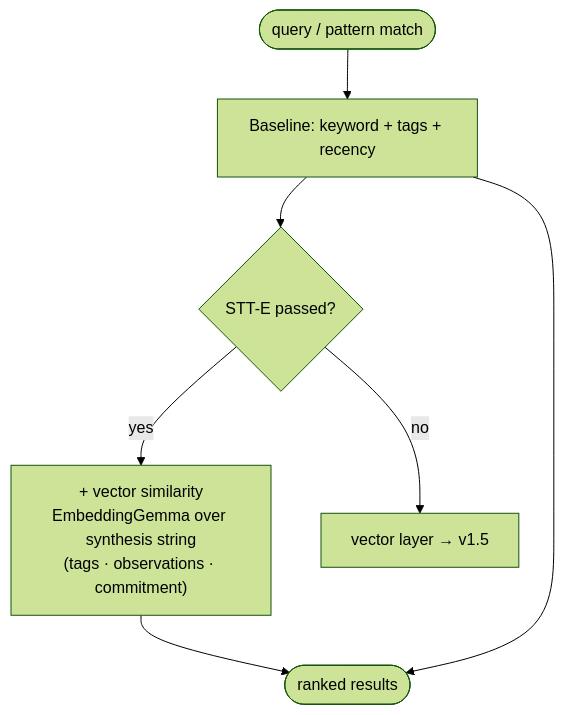
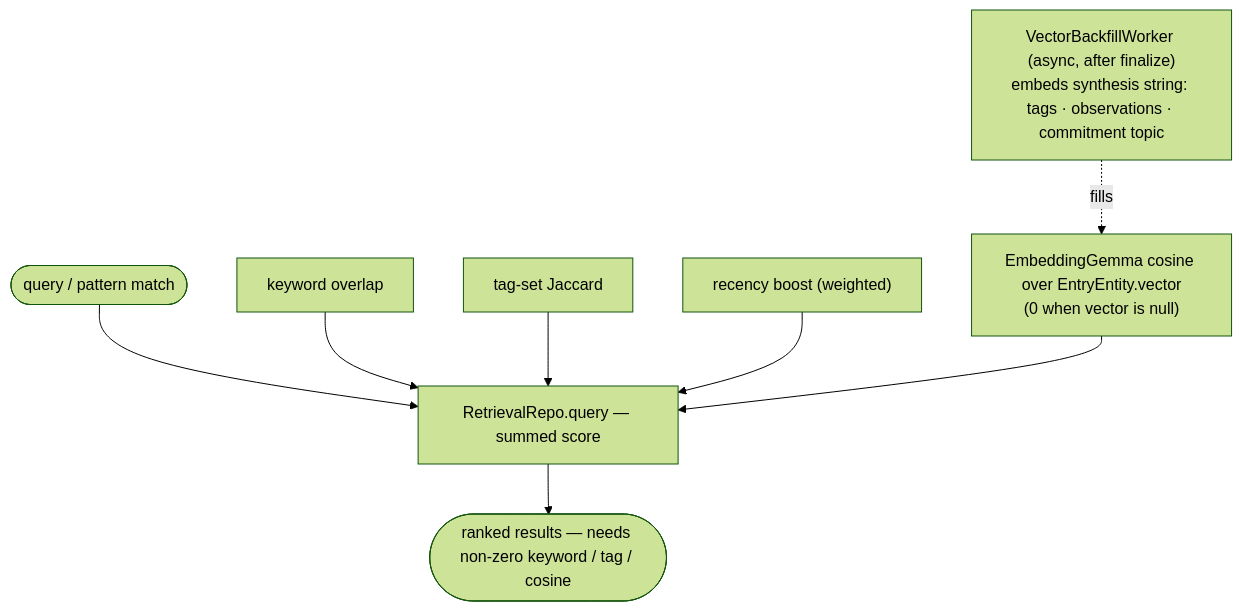
The fifth of 6 diagrams in docs/diagrams/llm-functionality.md (anchildress1/vestige), drawn with Mermaid (forest theme) before and after one commit. The commit also changed other lines of this file and 6 other files, not shown here.

First line of the commit message:
docs(diagrams): correct diagram atlas to match implementation

````diff
--- a/docs/diagrams/llm-functionality.md
+++ b/docs/diagrams/llm-functionality.md
@@ -136,12 +159,14 @@
 ```mermaid
 flowchart TD
-    accTitle: Hybrid retrieval with optional vector layer
-    accDescr: Baseline retrieval is keyword plus tags plus recency. If STT-E passes, a vector similarity layer using EmbeddingGemma over a post-convergence synthesis string is added to protect pattern detection from vocabulary drift. If STT-E fails, the vector layer defers to v1.5.
+    accTitle: Shipped hybrid retrieval
+    accDescr: A query or pattern match is scored by summing keyword overlap, tag-set Jaccard, a recency boost, and EmbeddingGemma cosine over the stored entry vector. A match needs non-zero keyword, tag, or cosine; recency alone never surfaces an entry. The vector is built asynchronously by VectorBackfillWorker over a post-convergence synthesis string of tags, observations, and commitment topic; a null vector contributes zero cosine so un-backfilled rows still rank on the other signals. The vector layer is shipped and always on, not gated by STT-E.
 
-    Q(["query / pattern match"]) --> Base["Baseline: keyword + tags + recency"]
-    Base --> Gate{"STT-E passed?"}
-    Gate -- yes --> Vec["+ vector similarity<br/>EmbeddingGemma over synthesis string<br/>(tags · observations · commitment)"]
-    Gate -- no --> V15["vector layer → v1.5"]
-    Vec --> Out(["ranked results"])
-    Base --> Out
+    Q(["query / pattern match"]) --> SCORE["RetrievalRepo.query — summed score"]
+    KW["keyword overlap"] --> SCORE
+    TAG["tag-set Jaccard"] --> SCORE
+    REC["recency boost (weighted)"] --> SCORE
+    VEC["EmbeddingGemma cosine over EntryEntity.vector<br/>(0 when vector is null)"] --> SCORE
+    SCORE --> Out(["ranked results — needs non-zero keyword / tag / cosine"])
+
+    BF["VectorBackfillWorker (async, after finalize)<br/>embeds synthesis string: tags · observations · commitment topic"] -. fills .-> VEC
 ```
````
